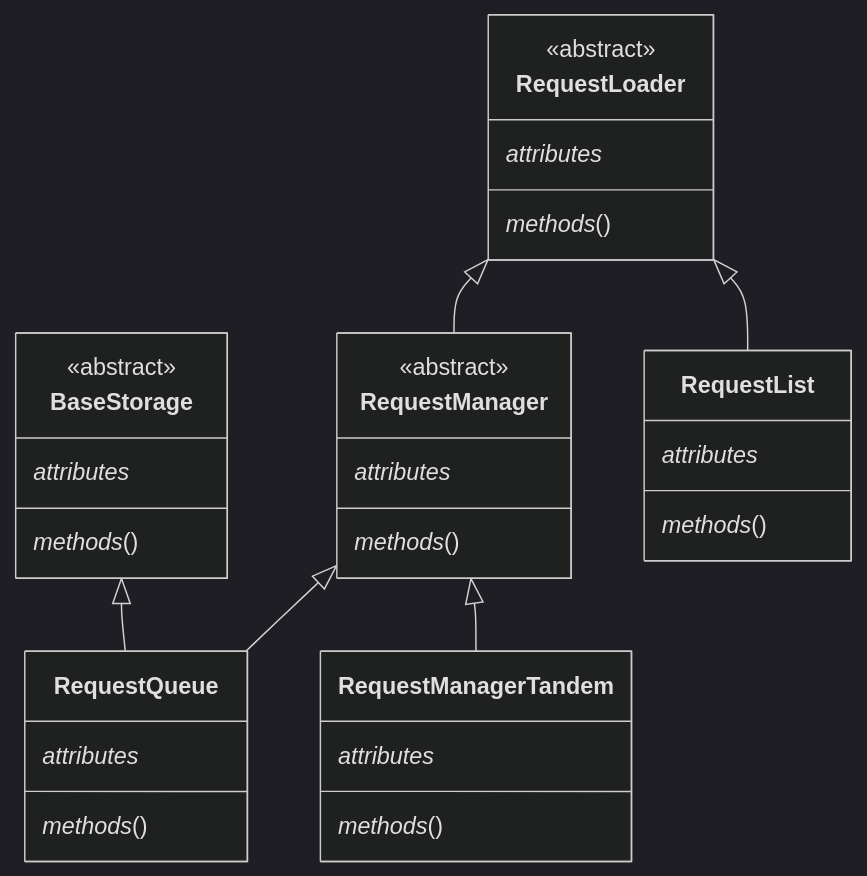
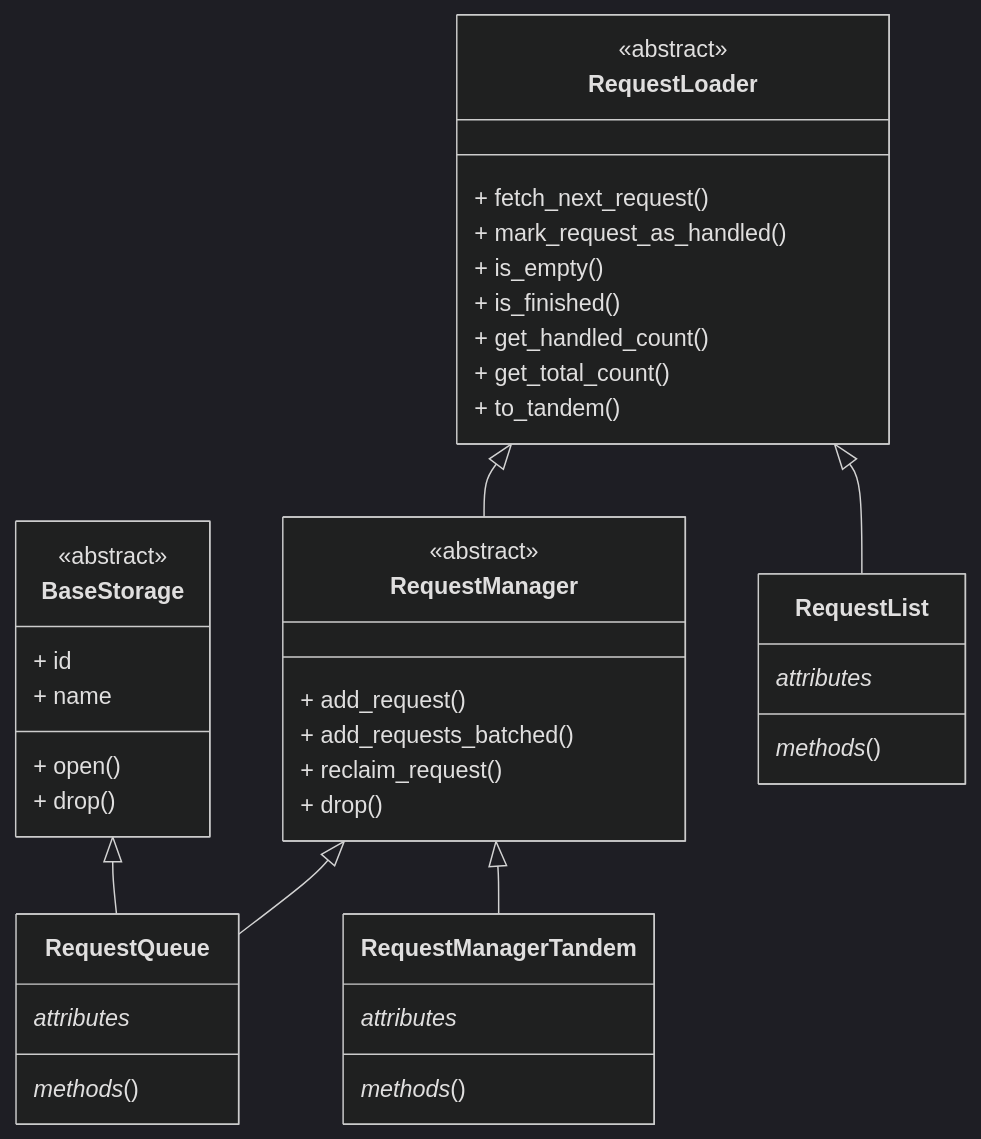
Before and after one commit to apify/crawlee-python: the diagram in docs/guides/request_loaders.mdx, drawn with Mermaid (dark theme). The commit also changed other lines of this file and 1 other file, not shown here.

Commit message:
docs: update request loaders & storages guide (#904)

````diff
--- a/docs/guides/request_loaders.mdx
+++ b/docs/guides/request_loaders.mdx
@@ -33,55 +33,70 @@
 ```mermaid
+---
+config:
+    class:
+        hideEmptyMembersBox: true
+---
+
 classDiagram
 
 %% ========================
 %% Abstract classes
 %% ========================
 
 class BaseStorage {
     <<abstract>>
-    _attributes_
-    _methods_()
+    + id
+    + name
+    + open()
+    + drop()
 }
 
 class RequestLoader {
     <<abstract>>
-    _attributes_
-    _methods_()
+    + fetch_next_request()
+    + mark_request_as_handled()
+    + is_empty()
+    + is_finished()
+    + get_handled_count()
+    + get_total_count()
+    + to_tandem()
 }
 
 class RequestManager {
     <<abstract>>
-    _attributes_
-    _methods_()
+    + add_request()
+    + add_requests_batched()
+    + reclaim_request()
+    + drop()
 }
 
 %% ========================
 %% Specific classes
 %% ========================
 
 class RequestQueue {
     _attributes_
     _methods_()
 }
 
 class RequestList {
     _attributes_
     _methods_()
 }
 
 class RequestManagerTandem {
     _attributes_
     _methods_()
 }
 
 %% ========================
 %% Inheritance arrows
 %% ========================
 
 BaseStorage <|-- RequestQueue
 RequestManager <|-- RequestQueue
 
 RequestLoader <|-- RequestManager
 RequestLoader <|-- RequestList
 RequestManager <|-- RequestManagerTandem
 ```
````
